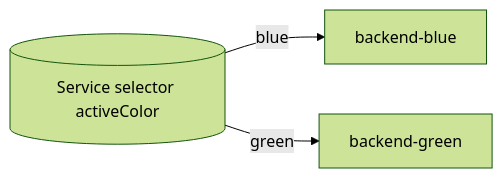
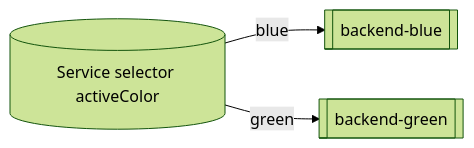
The second of 3 diagrams in aws-docs/06-code-architecture.md (tuan-ho-rmit/rmit-store-devops), drawn with Mermaid (forest theme) before and after one commit. The commit also changed other lines of this file and 2 other files, not shown here.

````diff
--- a/aws-docs/06-code-architecture.md
+++ b/aws-docs/06-code-architecture.md
@@ -57,5 +57,5 @@
 ```mermaid
 graph LR
-  SVC[(Service selector activeColor)] -- blue --> DEPB[backend-blue]
-  SVC -- green --> DEPG[backend-green]
+  SVC[(Service selector activeColor)] -->|blue| DEPB[[backend-blue]]
+  SVC -->|green| DEPG[[backend-green]]
 ```
````
